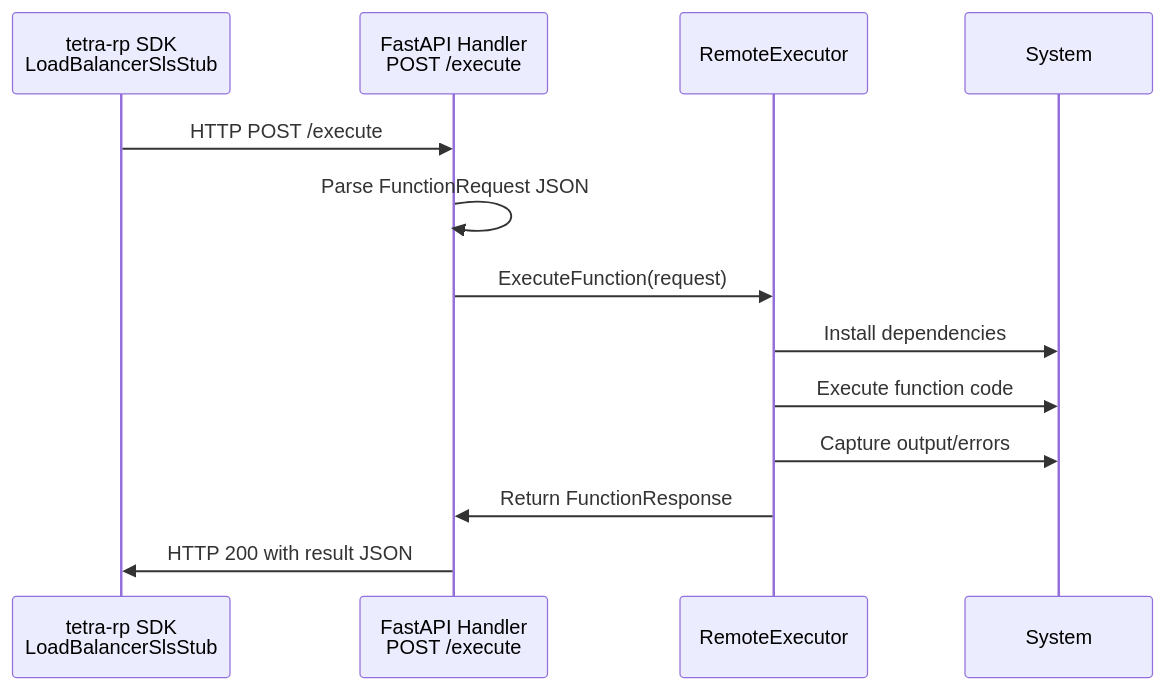
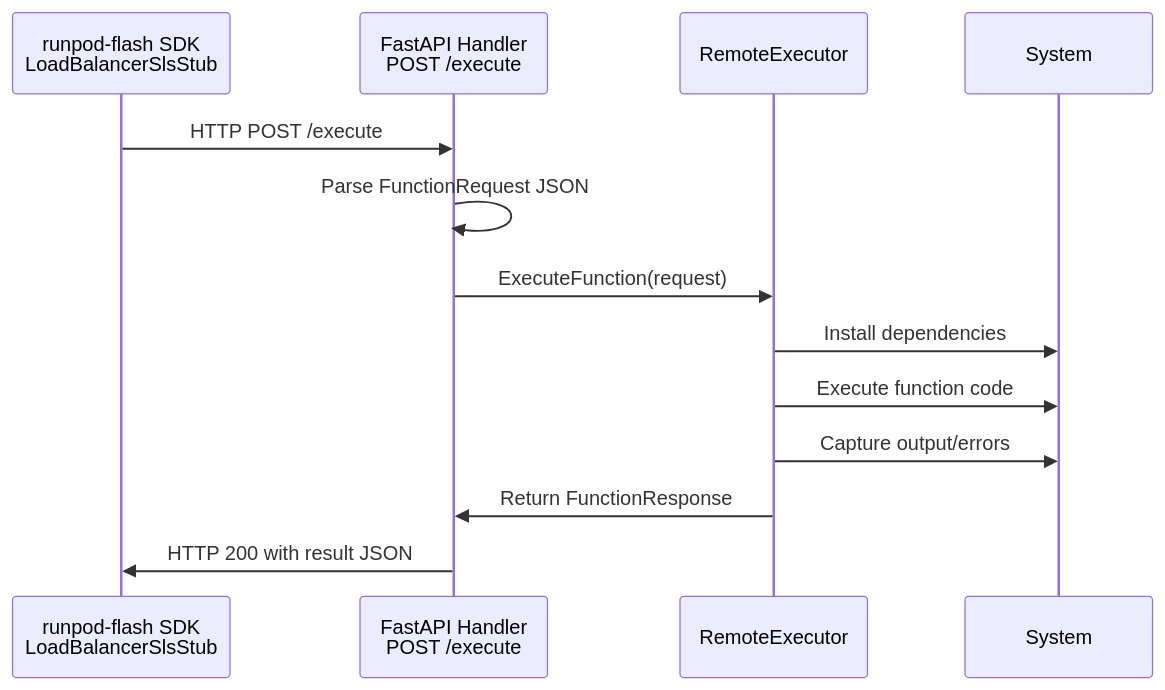
One commit to runpod-workers/worker-tetra changed the second of 2 diagrams in docs/Load_Balancer_Docker_Infrastructure.md. Above: the diagram before and after it, drawn with Mermaid. The commit also changed other lines of this file and 44 other files, not shown here.

First line of the commit message:
refactor!: rename tetra to flash (#59)

````diff
--- a/docs/Load_Balancer_Docker_Infrastructure.md
+++ b/docs/Load_Balancer_Docker_Infrastructure.md
@@ -80,16 +80,16 @@
 ```mermaid
 sequenceDiagram
-    participant Client as tetra-rp SDK<br/>LoadBalancerSlsStub
+    participant Client as runpod-flash SDK<br/>LoadBalancerSlsStub
     participant Handler as FastAPI Handler<br/>POST /execute
     participant Executor as RemoteExecutor
     participant System as System
 
     Client->>Handler: HTTP POST /execute
     Handler->>Handler: Parse FunctionRequest JSON
     Handler->>Executor: ExecuteFunction(request)
     Executor->>System: Install dependencies
     Executor->>System: Execute function code
     Executor->>System: Capture output/errors
     Executor->>Handler: Return FunctionResponse
     Handler->>Client: HTTP 200 with result JSON
 ```
````
